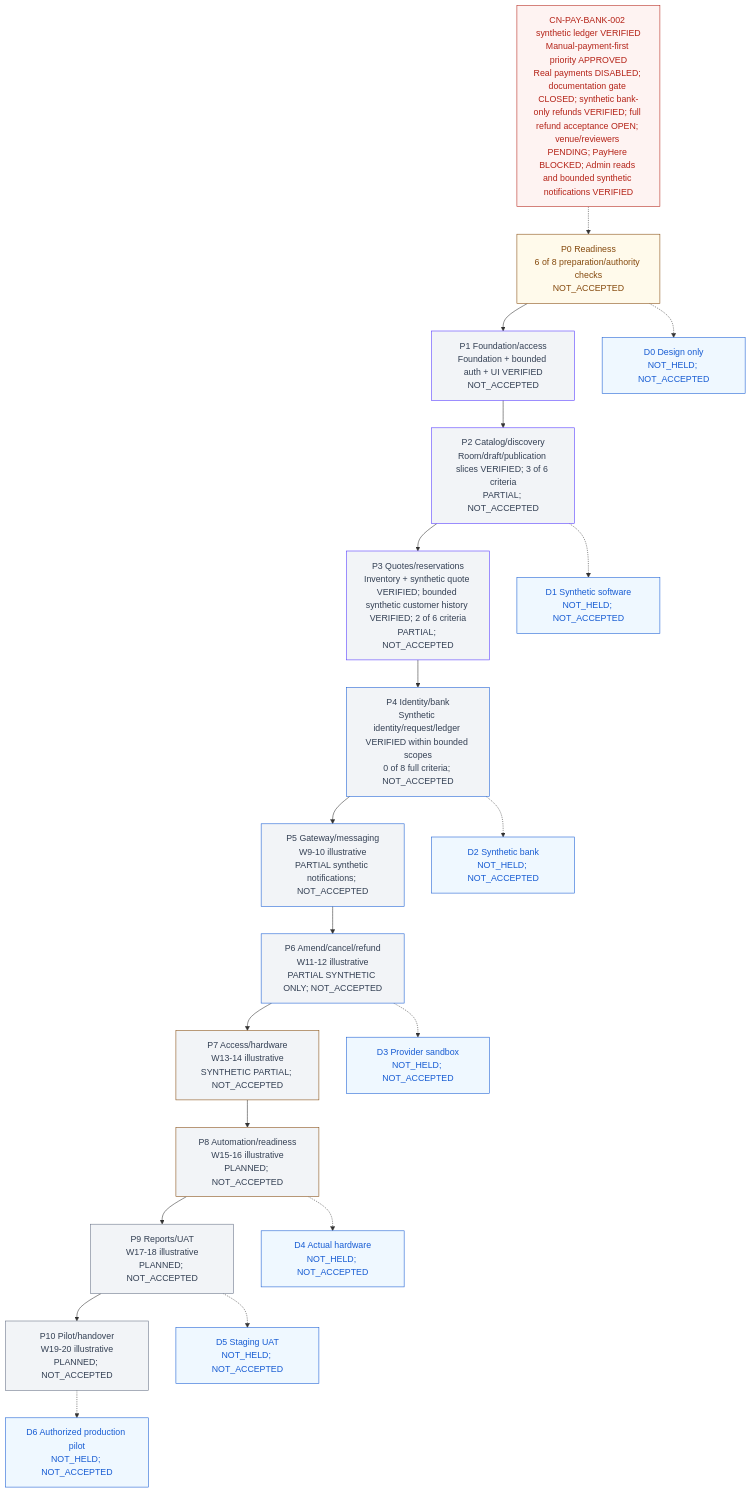
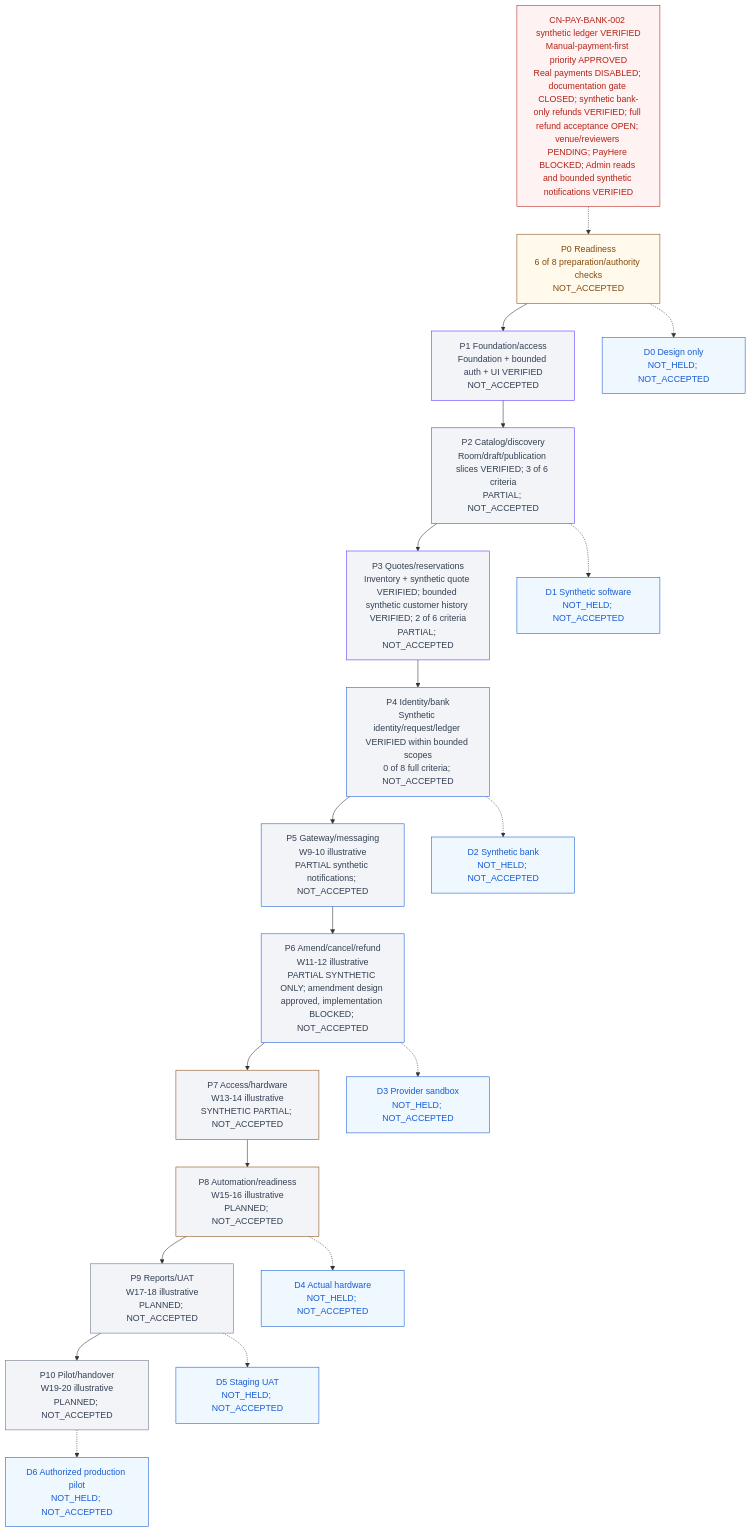
Before and after one commit to Hasitha3513/Theater-Project: the diagram in knowledge/PROGRESS.md, drawn with Mermaid. The commit also changed other lines of this file and 10 other files, not shown here.

Commit message:
docs(amendment): approve bounded synthetic rescheduling and reconcile readiness

````diff
--- a/knowledge/PROGRESS.md
+++ b/knowledge/PROGRESS.md
@@ -313,45 +313,45 @@
 ```mermaid
 flowchart TB
   G["CN-PAY-BANK-002 synthetic ledger VERIFIED<br/>Manual-payment-first priority APPROVED<br/>Real payments DISABLED; documentation gate CLOSED; synthetic bank-only refunds VERIFIED; full refund acceptance OPEN; venue/reviewers PENDING; PayHere BLOCKED; Admin reads and bounded synthetic notifications VERIFIED"]
   P0["P0 Readiness<br/>6 of 8 preparation/authority checks<br/>NOT_ACCEPTED"]
   P1["P1 Foundation/access<br/>Foundation + bounded auth + UI VERIFIED<br/>NOT_ACCEPTED"]
   P2["P2 Catalog/discovery<br/>Room/draft/publication slices VERIFIED; 3 of 6 criteria<br/>PARTIAL; NOT_ACCEPTED"]
   P3["P3 Quotes/reservations<br/>Inventory + synthetic quote VERIFIED; bounded synthetic customer history VERIFIED; 2 of 6 criteria<br/>PARTIAL; NOT_ACCEPTED"]
   P4["P4 Identity/bank<br/>Synthetic identity/request/ledger VERIFIED within bounded scopes<br/>0 of 8 full criteria; NOT_ACCEPTED"]
   P5["P5 Gateway/messaging<br/>W9-10 illustrative<br/>PARTIAL synthetic notifications; NOT_ACCEPTED"]
-  P6["P6 Amend/cancel/refund<br/>W11-12 illustrative<br/>PARTIAL SYNTHETIC ONLY; NOT_ACCEPTED"]
+  P6["P6 Amend/cancel/refund<br/>W11-12 illustrative<br/>PARTIAL SYNTHETIC ONLY; amendment design approved, implementation BLOCKED; NOT_ACCEPTED"]
   P7["P7 Access/hardware<br/>W13-14 illustrative<br/>SYNTHETIC PARTIAL; NOT_ACCEPTED"]
   P8["P8 Automation/readiness<br/>W15-16 illustrative<br/>PLANNED; NOT_ACCEPTED"]
   P9["P9 Reports/UAT<br/>W17-18 illustrative<br/>PLANNED; NOT_ACCEPTED"]
   P10["P10 Pilot/handover<br/>W19-20 illustrative<br/>PLANNED; NOT_ACCEPTED"]
   G -.-> P0
   P0 --> P1 --> P2 --> P3 --> P4 --> P5 --> P6 --> P7 --> P8 --> P9 --> P10
   D0["D0 Design only<br/>NOT_HELD; NOT_ACCEPTED"]
   D1["D1 Synthetic software<br/>NOT_HELD; NOT_ACCEPTED"]
   D2["D2 Synthetic bank<br/>NOT_HELD; NOT_ACCEPTED"]
   D3["D3 Provider sandbox<br/>NOT_HELD; NOT_ACCEPTED"]
   D4["D4 Actual hardware<br/>NOT_HELD; NOT_ACCEPTED"]
   D5["D5 Staging UAT<br/>NOT_HELD; NOT_ACCEPTED"]
   D6["D6 Authorized production pilot<br/>NOT_HELD; NOT_ACCEPTED"]
   P0 -.-> D0
   P2 -.-> D1
   P4 -.-> D2
   P6 -.-> D3
   P8 -.-> D4
   P9 -.-> D5
   P10 -.-> D6
   classDef readiness fill:#FFFAEB,color:#854A0E,stroke:#854A0E;
   classDef foundation fill:#F2F4F7,color:#344054,stroke:#5135FF;
   classDef financial fill:#F2F4F7,color:#344054,stroke:#175CD3;
   classDef physical fill:#F2F4F7,color:#344054,stroke:#854A0E;
   classDef release fill:#F2F4F7,color:#344054,stroke:#667085;
   classDef blocked fill:#FEF3F2,color:#B42318,stroke:#B42318;
   classDef demo fill:#EFF8FF,color:#175CD3,stroke:#175CD3;
   class P0 readiness;
   class P1,P2,P3 foundation;
   class P4,P5,P6 financial;
   class P7,P8 physical;
   class P9,P10 release;
   class G blocked;
   class D0,D1,D2,D3,D4,D5,D6 demo;
 ```
````
